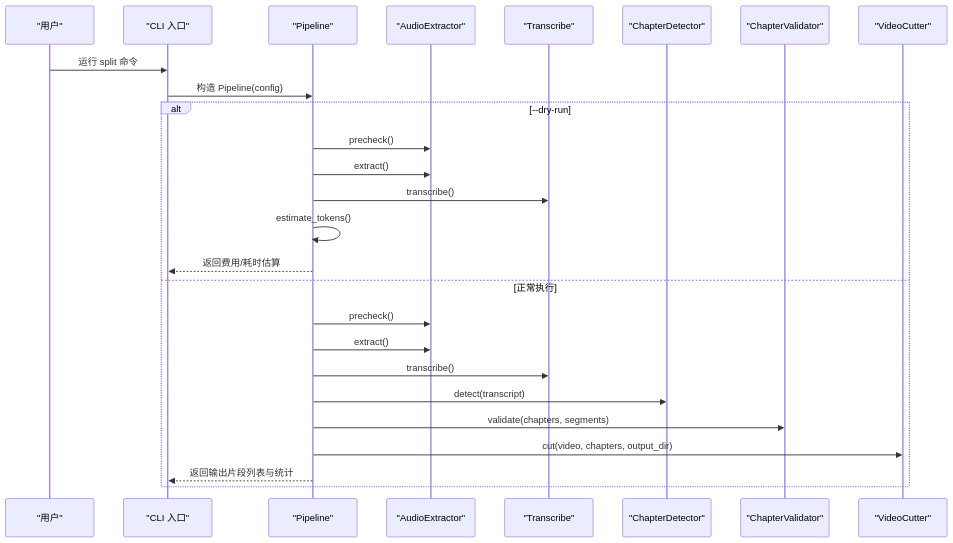
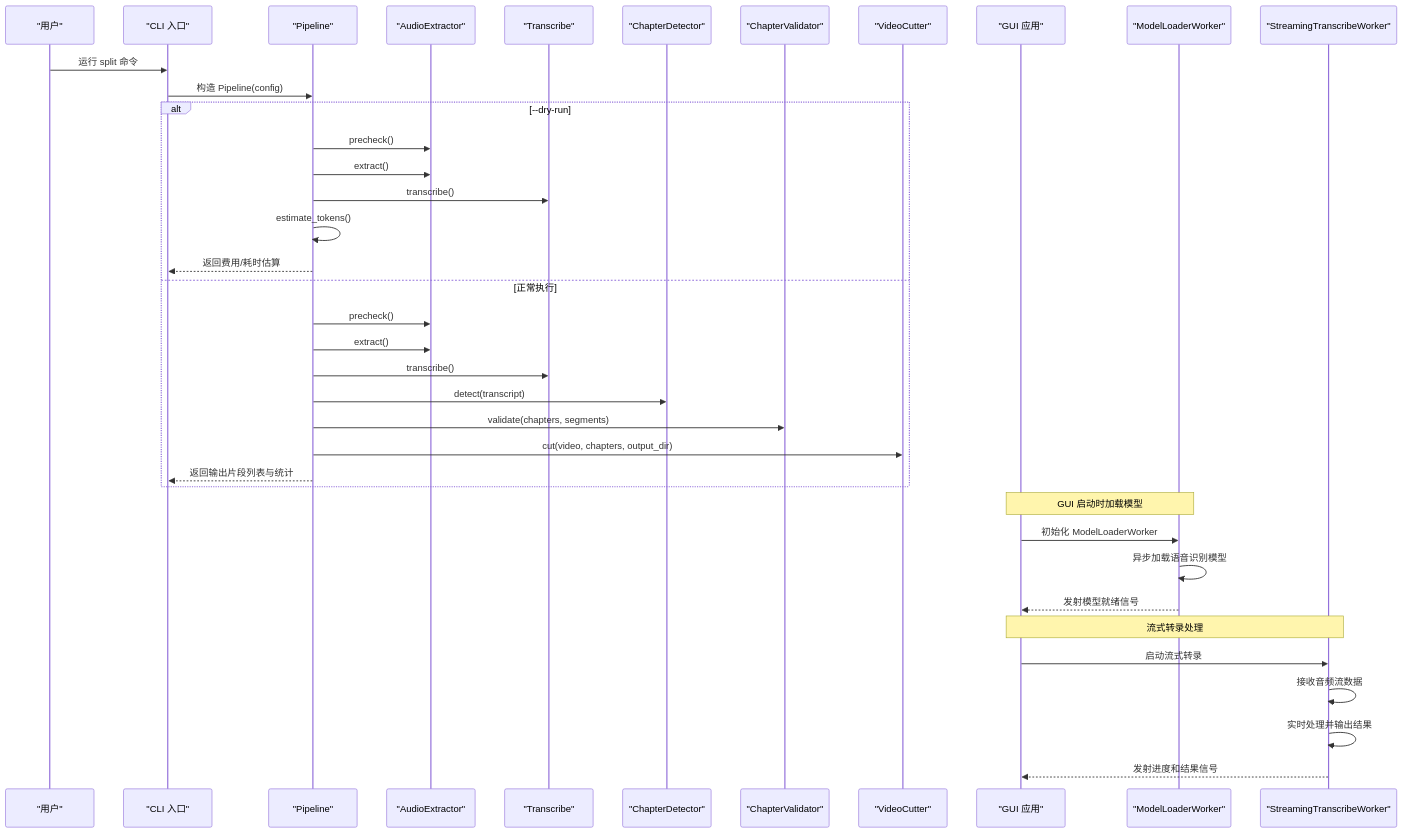
The second of 12 diagrams in .qoder/repowiki/zh/content/测试与质量保证/集成测试.md (boyingliu01/VideoSplitter), drawn with Mermaid before and after one commit. The commit also changed other lines of this file and 147 other files, not shown here.

````diff
--- a/.qoder/repowiki/zh/content/测试与质量保证/集成测试.md
+++ b/.qoder/repowiki/zh/content/测试与质量保证/集成测试.md
@@ -196,28 +239,40 @@
 ```mermaid
 sequenceDiagram
 participant U as "用户"
 participant CLI as "CLI 入口"
 participant P as "Pipeline"
 participant A as "AudioExtractor"
 participant T as "Transcribe"
 participant C as "ChapterDetector"
 participant V as "ChapterValidator"
 participant K as "VideoCutter"
+participant G as "GUI 应用"
+participant M as "ModelLoaderWorker"
+participant ST as "StreamingTranscribeWorker"
 U->>CLI : 运行 split 命令
 CLI->>P : 构造 Pipeline(config)
 alt --dry-run
 P->>A : precheck()
 P->>A : extract()
 P->>T : transcribe()
 P->>P : estimate_tokens()
 P-->>CLI : 返回费用/耗时估算
 else 正常执行
 P->>A : precheck()
 P->>A : extract()
 P->>T : transcribe()
 P->>C : detect(transcript)
 P->>V : validate(chapters, segments)
 P->>K : cut(video, chapters, output_dir)
 P-->>CLI : 返回输出片段列表与统计
 end
+Note over G,M : GUI 启动时加载模型
+G->>M : 初始化 ModelLoaderWorker
+M->>M : 异步加载语音识别模型
+M-->>G : 发射模型就绪信号
+Note over G,ST : 流式转录处理
+G->>ST : 启动流式转录
+ST->>ST : 接收音频流数据
+ST->>ST : 实时处理并输出结果
+ST-->>G : 发射进度和结果信号
 ```
````
